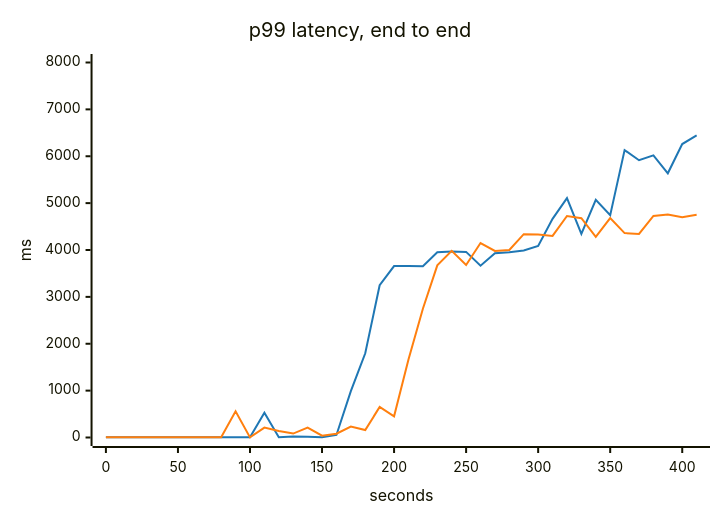
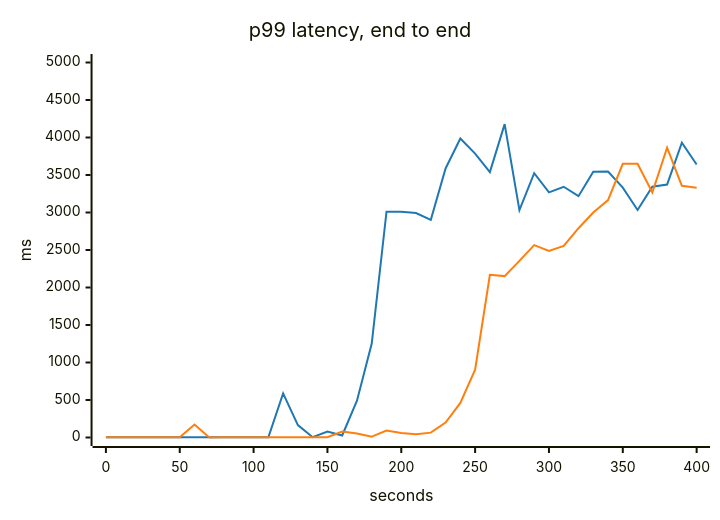
Before and after one commit to akinfemi/load-lore: the second of 2 diagrams in scenarios/single-postgres-breaking-point/solutions/one-query-per-page/compare.md, drawn with Mermaid. The commit also changed other lines of this file and 20 other files, not shown here.

````diff
--- a/scenarios/single-postgres-breaking-point/solutions/one-query-per-page/compare.md
+++ b/scenarios/single-postgres-breaking-point/solutions/one-query-per-page/compare.md
@@ -52,15 +48,15 @@
 ```mermaid
 ---
 config:
   themeVariables:
     xyChart:
       backgroundColor: "transparent"
       plotColorPalette: "#1f77b4, #ff7f0e"
 ---
 xychart-beta
     title "p99 latency, end to end"
-    x-axis "seconds" 0 --> 410
-    y-axis "ms" 0 --> 8000
-    line [4.535, 3.364, 2.978, 2.958, 2.783, 3.155, 3.282, 3.188, 3.798, 3.114, 3.93, 528.081, 4.234, 21.102, 17.346, 7.569, 54.481, 990.385, 1797.398, 3248.174, 3656.109, 3657.922, 3652.486, 3950.538, 3970.451, 3959.463, 3666.284, 3931.47, 3954.357, 3991.56, 4084.673, 4664.476, 5107.786, 4344.066, 5069.427, 4743.204, 6130.9, 5915.645, 6018.692, 5636.262, 6260.362, 6446.058]
-    line [5.468, 4.091, 3.705, 3.215, 2.801, 2.994, 3.641, 3.238, 3.215, 558.128, 2.659, 211.844, 136.866, 83.847, 211.996, 39.781, 79.778, 233.491, 158.87, 651.099, 452.346, 1664.958, 2748.156, 3672.124, 3981.509, 3681, 4148.747, 3978.768, 3999.405, 4337.751, 4333.057, 4299.944, 4725.245, 4677.719, 4282.013, 4682.094, 4360.703, 4343.282, 4726.577, 4755.575, 4699.519, 4751.441]
+    x-axis "seconds" 0 --> 400
+    y-axis "ms" 0 --> 5000
+    line [4.33, 2.863, 2.853, 2.69, 2.33, 2.925, 2.711, 2.623, 2.664, 4.202, 2.75, 3.839, 588.321, 165.548, 4.125, 80.64, 27.383, 489.988, 1252.565, 3011.617, 3011.018, 2993.195, 2901.504, 3586.854, 3986.658, 3784.405, 3538.298, 4178.403, 3031.969, 3524.331, 3268.7, 3343.241, 3217.829, 3542.019, 3546.201, 3331.507, 3033.331, 3343.66, 3372.584, 3929.978, 3640.394]
+    line [4.132, 2.892, 2.329, 2.097, 1.858, 2.403, 173.538, 1.516, 1.879, 2.042, 2.143, 2.03, 2.659, 3.006, 2.633, 2.604, 79.391, 54.681, 11.513, 92.261, 61.354, 44.764, 64.839, 198.853, 460.323, 904.47, 2169.321, 2151.887, 2354.638, 2564.778, 2488.754, 2555.165, 2790.292, 3000, 3166.218, 3649.606, 3649.398, 3266.942, 3863.276, 3356.474, 3329.247]
 ```
````
